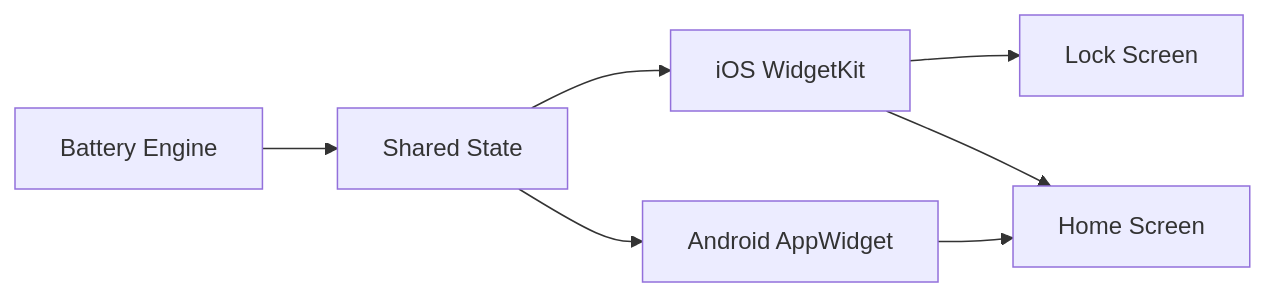
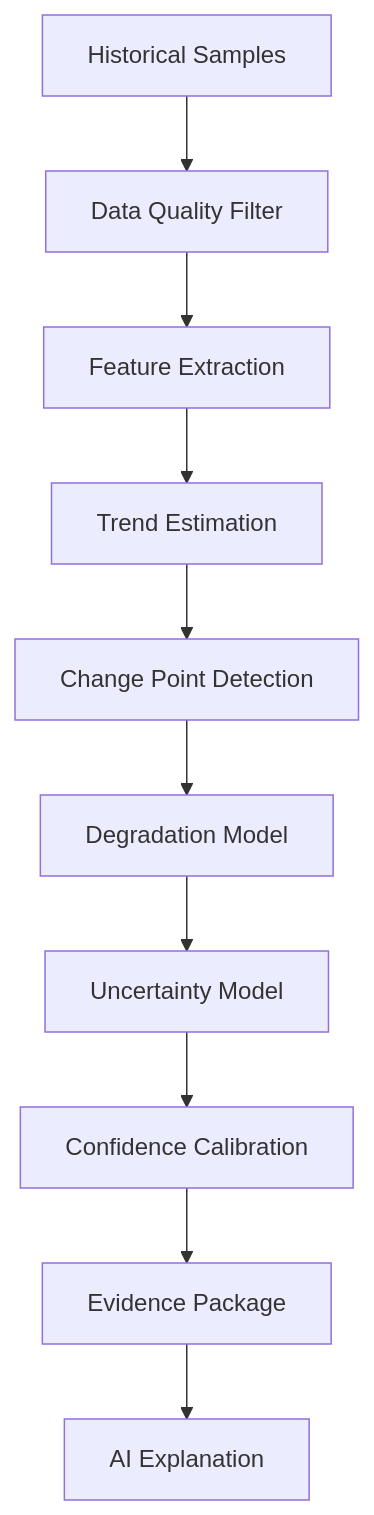
One commit to lucylow/battery_tracker_mobile changed the seventh of 25 diagrams in README.md. Above: the diagram before and after it, drawn with Mermaid. The commit also changed other lines of this file, not shown here.

````diff
--- a/README.md
+++ b/README.md
@@ -716,16 +460,12 @@
 ```mermaid
-flowchart LR
-    A[Battery Engine]
-    B[Shared State]
-    C[iOS WidgetKit]
-    D[Android AppWidget]
-    E[Lock Screen]
-    F[Home Screen]
-
-    A --> B
-    B --> C
-    B --> D
-    C --> E
-    C --> F
-    D --> F
+flowchart TD
+    A[Historical Samples] --> B[Data Quality Filter]
+    B --> C[Feature Extraction]
+    C --> D[Trend Estimation]
+    D --> E[Change Point Detection]
+    E --> F[Degradation Model]
+    F --> G[Uncertainty Model]
+    G --> H[Confidence Calibration]
+    H --> I[Evidence Package]
+    I --> J[AI Explanation]
 ```
````
